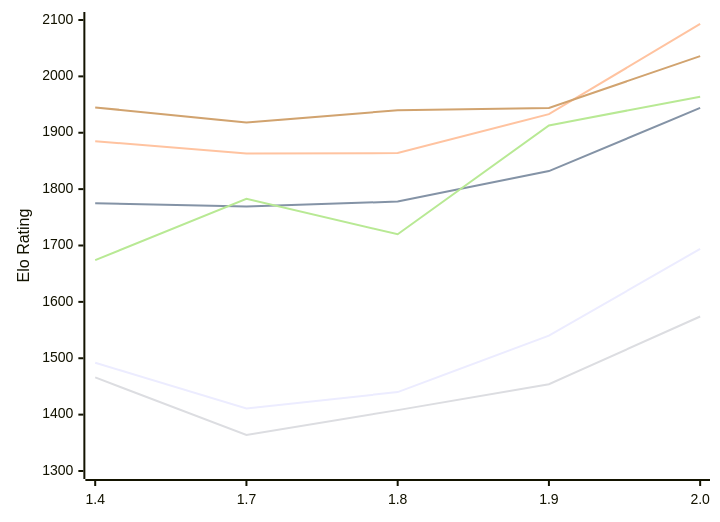
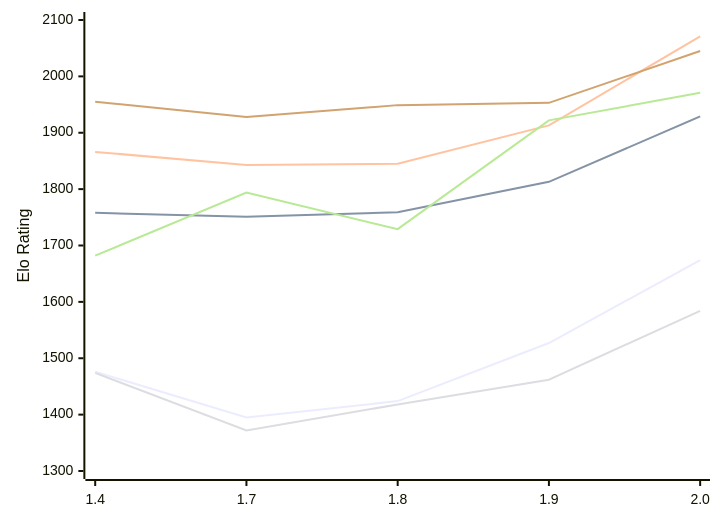
One commit to computer-chess-index/cci changed the diagram in engines/Russell.md. Above: the diagram before and after it, drawn with Mermaid. The commit also changed other lines of this file, not shown here.

Commit message:
Update CCI Ratings (ELO VLTC) - 2026-11-12

````diff
--- a/engines/Russell.md
+++ b/engines/Russell.md
@@ -55,12 +55,12 @@
 ```mermaid
 %%{init: {"theme":"base","themeVariables":{"seriesColors:['#a3a3a3','#222221','#faa371']}}}%%
 xychart-beta
   x-axis ["1.4", "1.7", "1.8", "1.9", "2.0"]
   y-axis "Elo Rating" 1300 --> 2100
-  line "E1: STC (8.0+0.08s)" [1492, 1411, 1440, 1540, 1694]
-  line "E1: LTC (60.0+0.60s)" [1775, 1769, 1778, 1832, 1944]
-  line "E1: VLTC (2m24s+1.12s)" [1885, 1863, 1864, 1933, 2093]
-  line "P1: STC (8.0+0.08s)" [1466, 1364, 1408, 1454, 1574]
-  line "P1: LTC (60.0+0.60s)" [1674, 1783, 1720, 1913, 1964]
-  line "P1: VLTC (2m24s+1.12s)" [1945, 1918, 1940, 1944, 2036]
+  line "E1: STC (8.0+0.08s)" [1476, 1395, 1424, 1527, 1674]
+  line "E1: LTC (60.0+0.60s)" [1758, 1751, 1759, 1813, 1929]
+  line "E1: VLTC (2m24s+1.12s)" [1866, 1843, 1845, 1913, 2071]
+  line "P1: STC (8.0+0.08s)" [1474, 1372, 1418, 1462, 1584]
+  line "P1: LTC (60.0+0.60s)" [1682, 1794, 1729, 1922, 1971]
+  line "P1: VLTC (2m24s+1.12s)" [1955, 1928, 1949, 1953, 2045]
 ```
````
